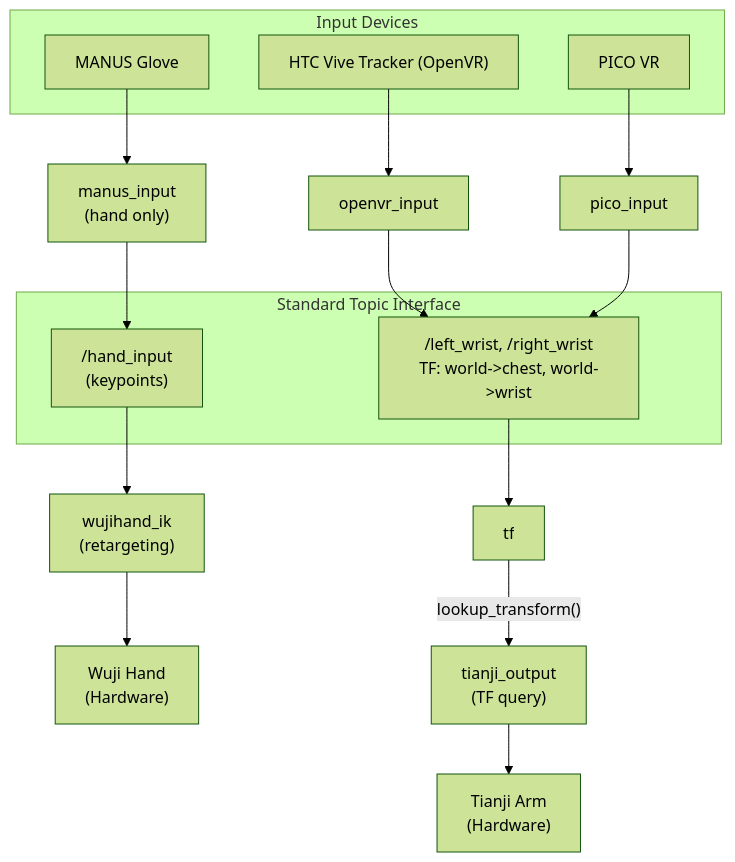
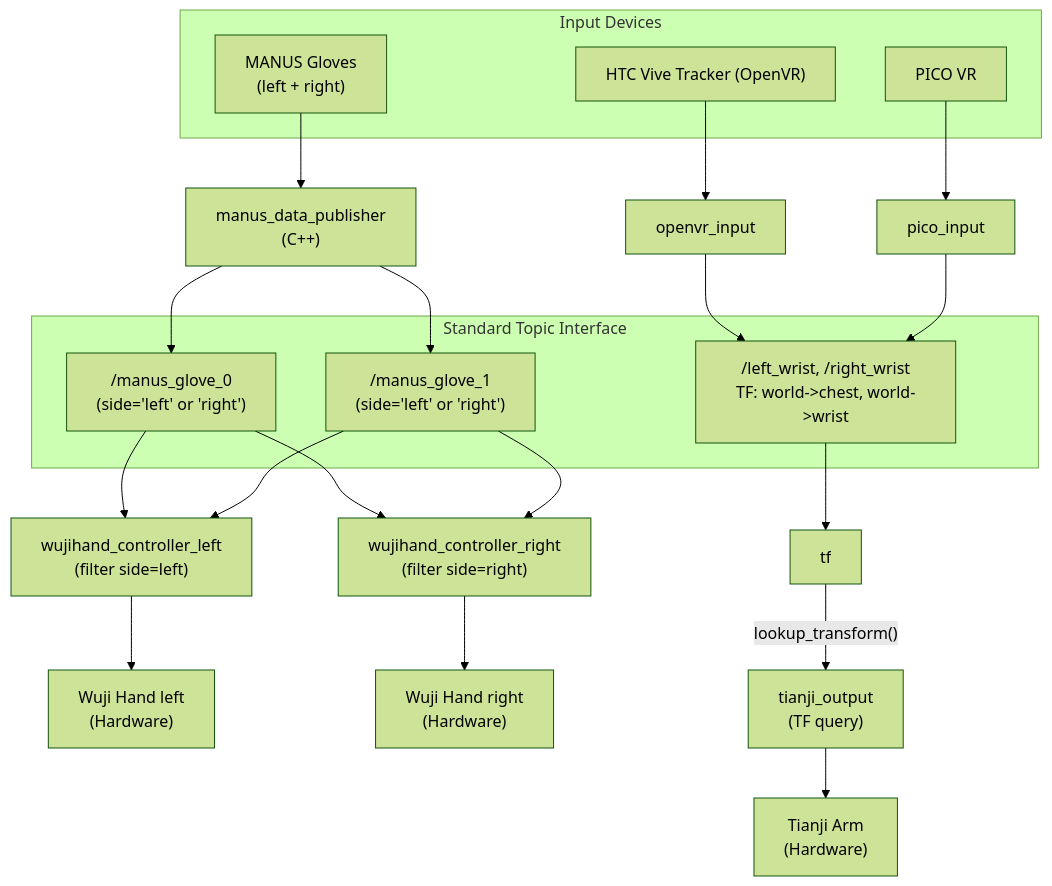
One commit to MSC-Wuji-Teleop/wuji-hand-teleop changed the diagram in README.md. Above: the diagram before and after it, drawn with Mermaid (forest theme). The commit also changed other lines of this file and 12 other files, not shown here.

Commit message:
Release v2026.04.28 of wuji-hand-teleop (#13)

````diff
--- a/README.md
+++ b/README.md
@@ -532,28 +567,34 @@
 ```mermaid
 graph TD
     subgraph Input["Input Devices"]
-        MANUS["MANUS Glove"]
+        MANUS["MANUS Gloves<br/>(left + right)"]
         HTC["HTC Vive Tracker (OpenVR)"]
         PICO["PICO VR"]
     end
 
-    MANUS --> MI["manus_input<br/>(hand only)"]
+    MANUS --> MD["manus_data_publisher<br/>(C++)"]
     HTC --> OI["openvr_input"]
     PICO --> PI["pico_input"]
 
-    MI --> HI
+    subgraph Topics["Standard Topic Interface"]
+        G0["/manus_glove_0<br/>(side='left' or 'right')"]
+        G1["/manus_glove_1<br/>(side='left' or 'right')"]
+        WRIST["/left_wrist, /right_wrist<br/>TF: world->chest, world->wrist"]
+    end
+
+    MD --> G0
+    MD --> G1
     OI --> WRIST
     PI --> WRIST
 
-    subgraph Topics["Standard Topic Interface"]
-        HI["/hand_input<br/>(keypoints)"]
-        WRIST["/left_wrist, /right_wrist<br/>TF: world->chest, world->wrist"]
-    end
-
-    HI --> IK["wujihand_ik<br/>(retargeting)"]
+    G0 --> CL["wujihand_controller_left<br/>(filter side=left)"]
+    G1 --> CL
+    G0 --> CR["wujihand_controller_right<br/>(filter side=right)"]
+    G1 --> CR
     WRIST --> TFN["tf"]
 
-    IK --> WH["Wuji Hand<br/>(Hardware)"]
+    CL --> WH_L["Wuji Hand left<br/>(Hardware)"]
+    CR --> WH_R["Wuji Hand right<br/>(Hardware)"]
     TFN -->|"lookup_transform()"| TO["tianji_output<br/>(TF query)"]
     TO --> TA["Tianji Arm<br/>(Hardware)"]
 ```
````
